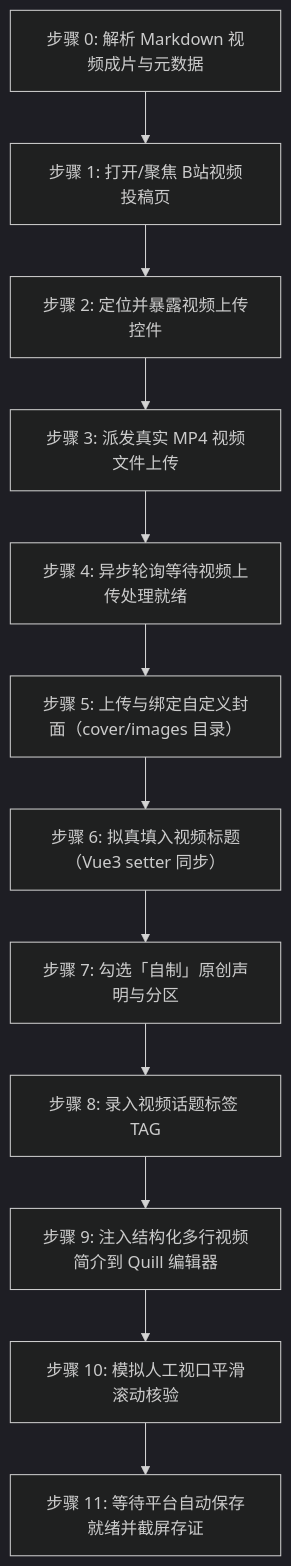
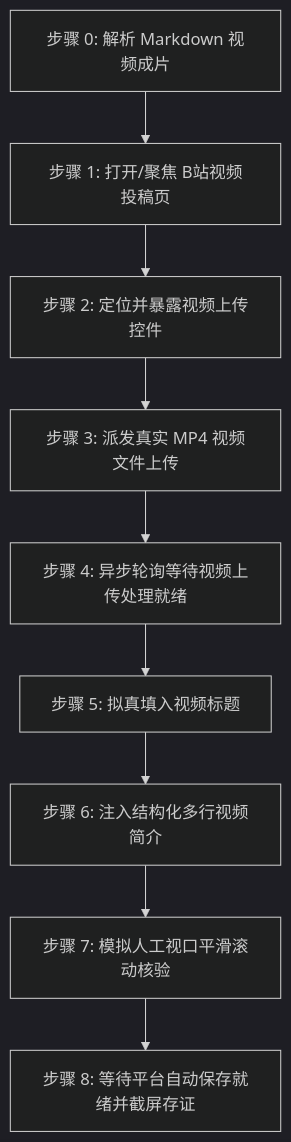
One commit to undsky/doudou-publish-skills changed the second of 2 diagrams in skills/doudou-bilibili/SKILL.md. Above: the diagram before and after it, drawn with Mermaid (dark theme). The commit also changed other lines of this file and 25 other files, not shown here.

````diff
--- a/skills/doudou-bilibili/SKILL.md
+++ b/skills/doudou-bilibili/SKILL.md
@@ -261,14 +259,11 @@
 ```mermaid
 flowchart TD
-    V0[步骤 0: 解析 Markdown 视频成片与元数据] --> V1[步骤 1: 打开/聚焦 B站视频投稿页]
+    V0[步骤 0: 解析 Markdown 视频成片] --> V1[步骤 1: 打开/聚焦 B站视频投稿页]
     V1 --> V2[步骤 2: 定位并暴露视频上传控件]
     V2 --> V3[步骤 3: 派发真实 MP4 视频文件上传]
     V3 --> V4[步骤 4: 异步轮询等待视频上传处理就绪]
-    V4 --> V5[步骤 5: 上传与绑定自定义封面（cover/images 目录）]
-    V5 --> V6[步骤 6: 拟真填入视频标题（Vue3 setter 同步）]
-    V6 --> V7[步骤 7: 勾选「自制」原创声明与分区]
-    V7 --> V8[步骤 8: 录入视频话题标签 TAG]
-    V8 --> V9[步骤 9: 注入结构化多行视频简介到 Quill 编辑器]
-    V9 --> V10[步骤 10: 模拟人工视口平滑滚动核验]
-    V10 --> V11[步骤 11: 等待平台自动保存就绪并截屏存证]
+    V4 --> V5[步骤 5: 拟真填入视频标题]
+    V5 --> V6[步骤 6: 注入结构化多行视频简介]
+    V6 --> V7[步骤 7: 模拟人工视口平滑滚动核验]
+    V7 --> V8[步骤 8: 等待平台自动保存就绪并截屏存证]
 ```
````
